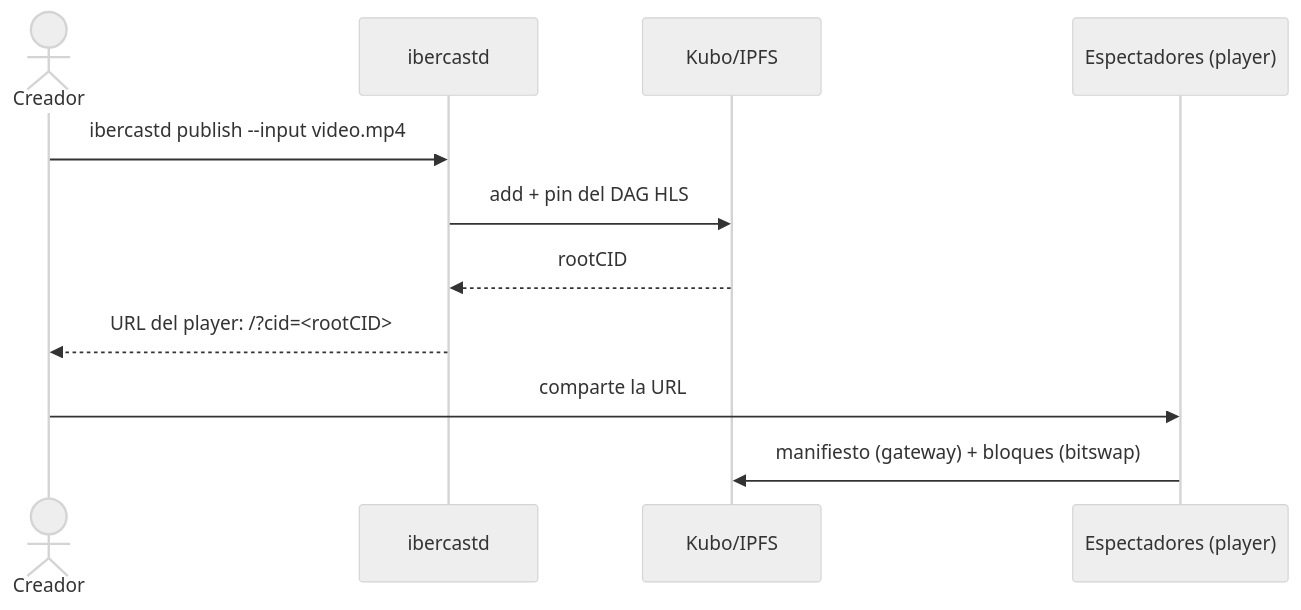
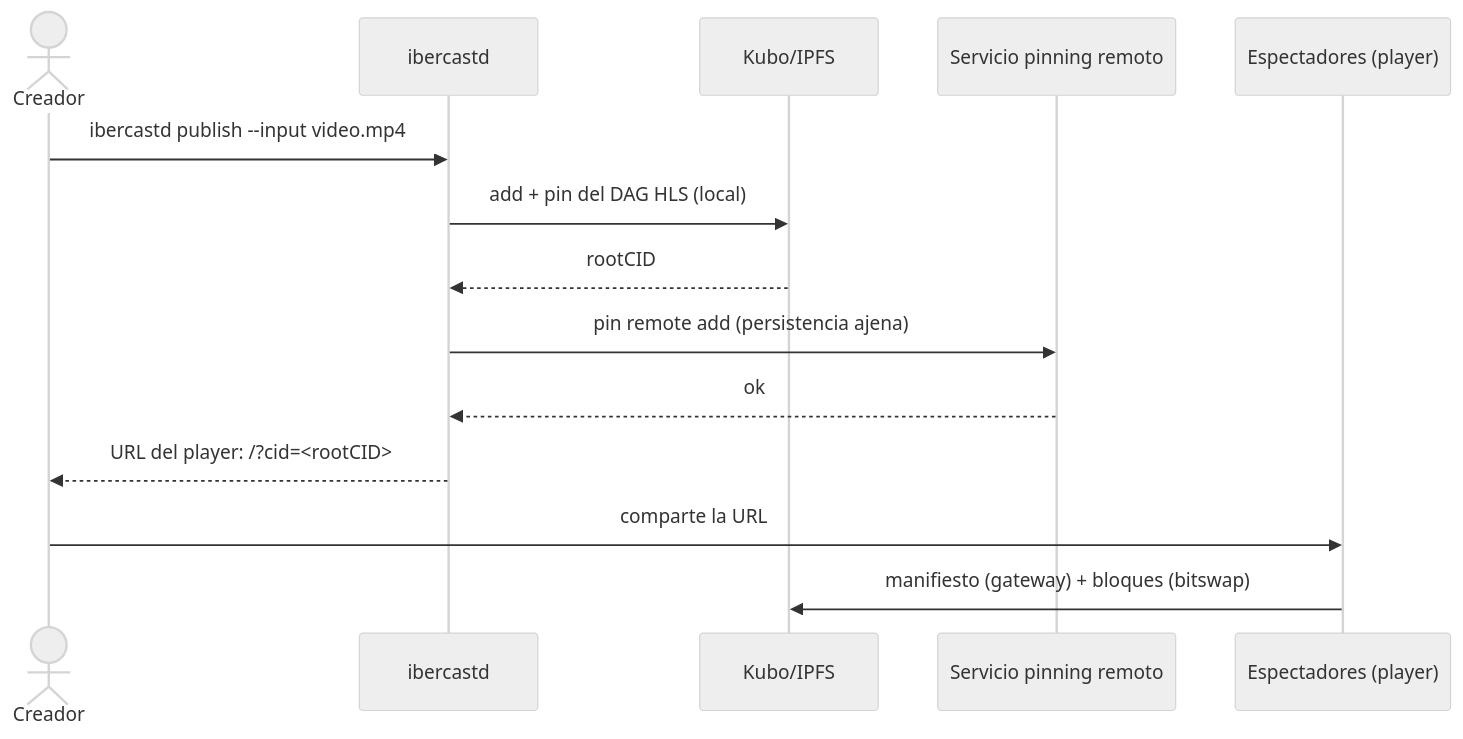
Before and after one commit to aratan/IberCast: the fourth of 4 diagrams in docs/workflow.md, drawn with Mermaid (neutral theme). The commit also changed other lines of this file and 5 other files, not shown here.

````diff
--- a/docs/workflow.md
+++ b/docs/workflow.md
@@ -105,14 +105,17 @@
 ```mermaid
 sequenceDiagram
     actor Creador
     participant D as ibercastd
     participant K as Kubo/IPFS
+    participant R as Servicio pinning remoto
     participant P as Espectadores (player)
 
     Creador->>D: ibercastd publish --input video.mp4
-    D->>K: add + pin del DAG HLS
+    D->>K: add + pin del DAG HLS (local)
     K-->>D: rootCID
+    D->>R: pin remote add (persistencia ajena)
+    R-->>D: ok
     D-->>Creador: URL del player: /?cid=<rootCID>
     Creador->>P: comparte la URL
     P->>K: manifiesto (gateway) + bloques (bitswap)
 ```
````
